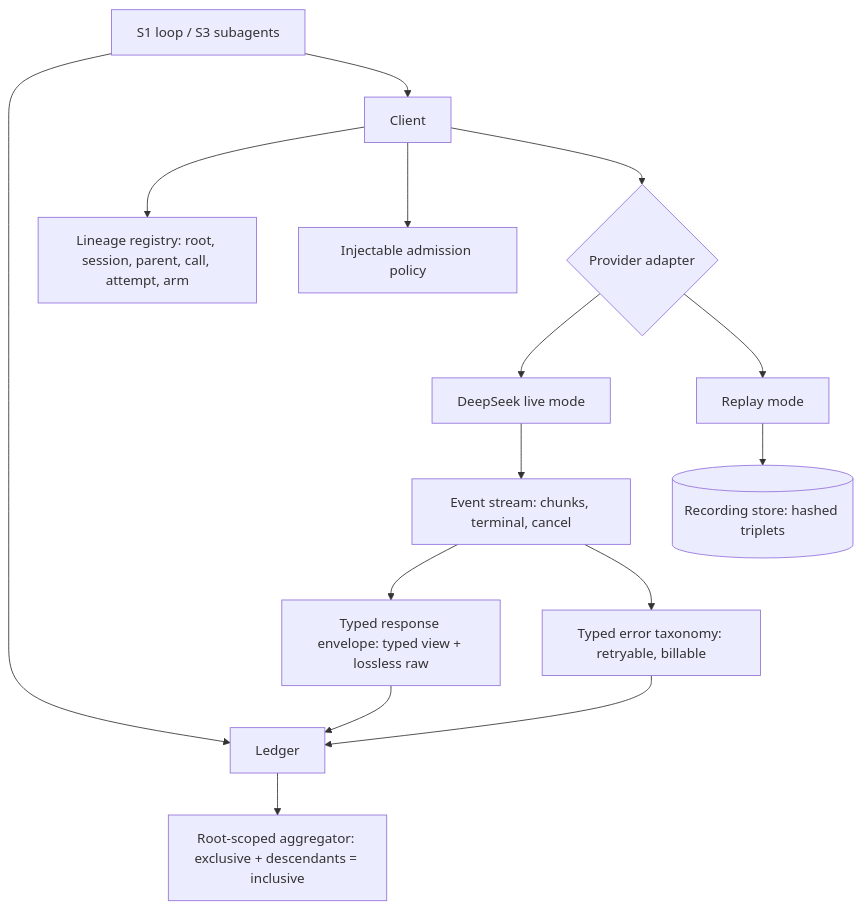
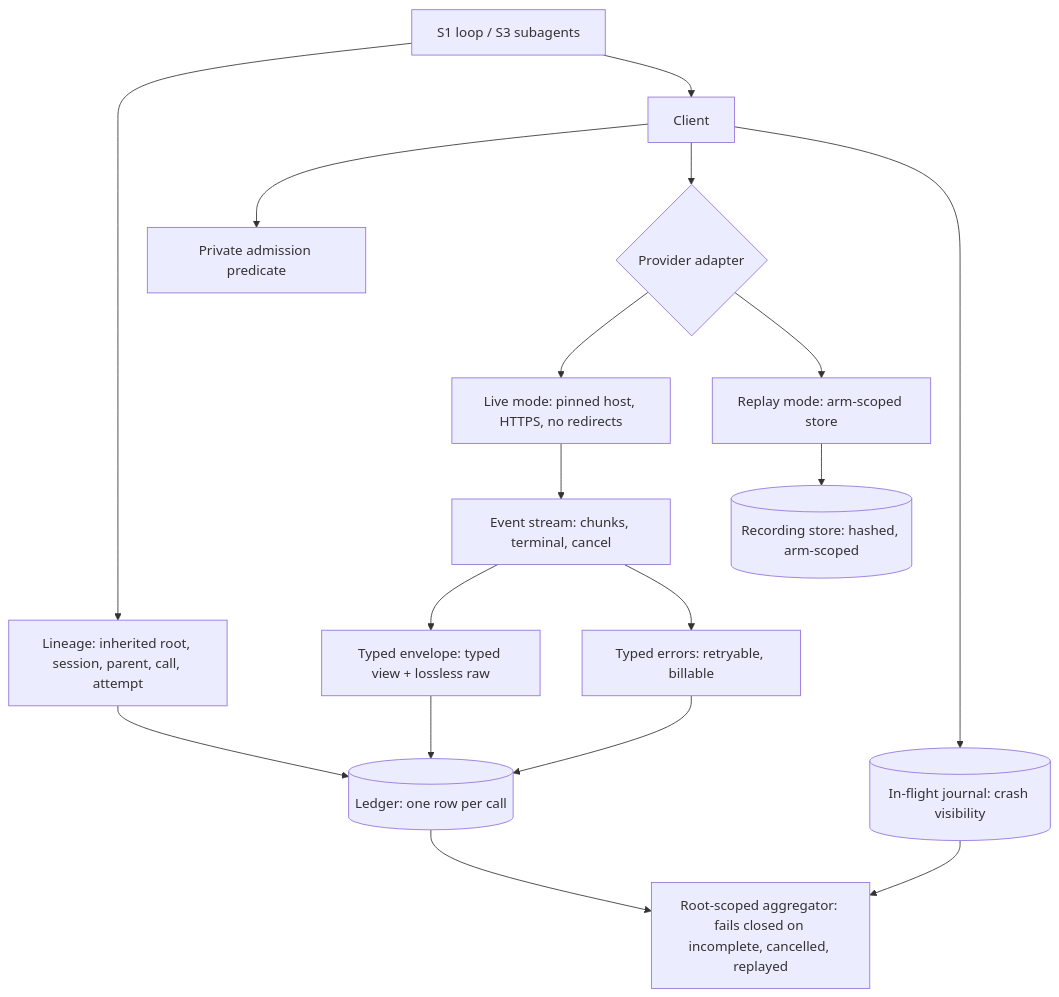
Before and after one commit to BennetLeff/temper: the diagram in docs/plans/2026-09-17-001-feat-deepseek-pcb-harness-s0-provider-transport-plan.md, drawn with Mermaid. The commit also changed other lines of this file, not shown here.

````diff
--- a/docs/plans/2026-09-17-001-feat-deepseek-pcb-harness-s0-provider-transport-plan.md
+++ b/docs/plans/2026-09-17-001-feat-deepseek-pcb-harness-s0-provider-transport-plan.md
@@ -117,17 +126,19 @@
 ```mermaid
 flowchart TB
-  Caller[S1 loop / S3 subagents] --> Ledger
+  Caller[S1 loop / S3 subagents] --> Lineage
   Caller --> Client
-  Client --> Lineage[Lineage registry: root, session, parent, call, attempt, arm]
-  Client --> Admission[Injectable admission policy]
+  Lineage[Lineage: inherited root, session, parent, call, attempt] --> Ledger
+  Client --> Admission[Private admission predicate]
   Client --> Adapter{Provider adapter}
-  Adapter --> Live[DeepSeek live mode]
-  Adapter --> Replay[Replay mode]
+  Adapter --> Live[Live mode: pinned host, HTTPS, no redirects]
+  Adapter --> Replay[Replay mode: arm-scoped store]
   Live --> Events[Event stream: chunks, terminal, cancel]
-  Replay --> Store[(Recording store: hashed triplets)]
-  Events --> Typed[Typed response envelope: typed view + lossless raw]
-  Events --> Errors[Typed error taxonomy: retryable, billable]
-  Typed --> Ledger
+  Replay --> Store[(Recording store: hashed, arm-scoped)]
+  Events --> Typed[Typed envelope: typed view + lossless raw]
+  Events --> Errors[Typed errors: retryable, billable]
+  Typed --> Ledger[(Ledger: one row per call)]
   Errors --> Ledger
-  Ledger --> Agg[Root-scoped aggregator: exclusive + descendants = inclusive]
+  Client --> InFlight[(In-flight journal: crash visibility)]
+  Ledger --> Agg[Root-scoped aggregator: fails closed on incomplete, cancelled, replayed]
+  InFlight --> Agg
 ```
````
